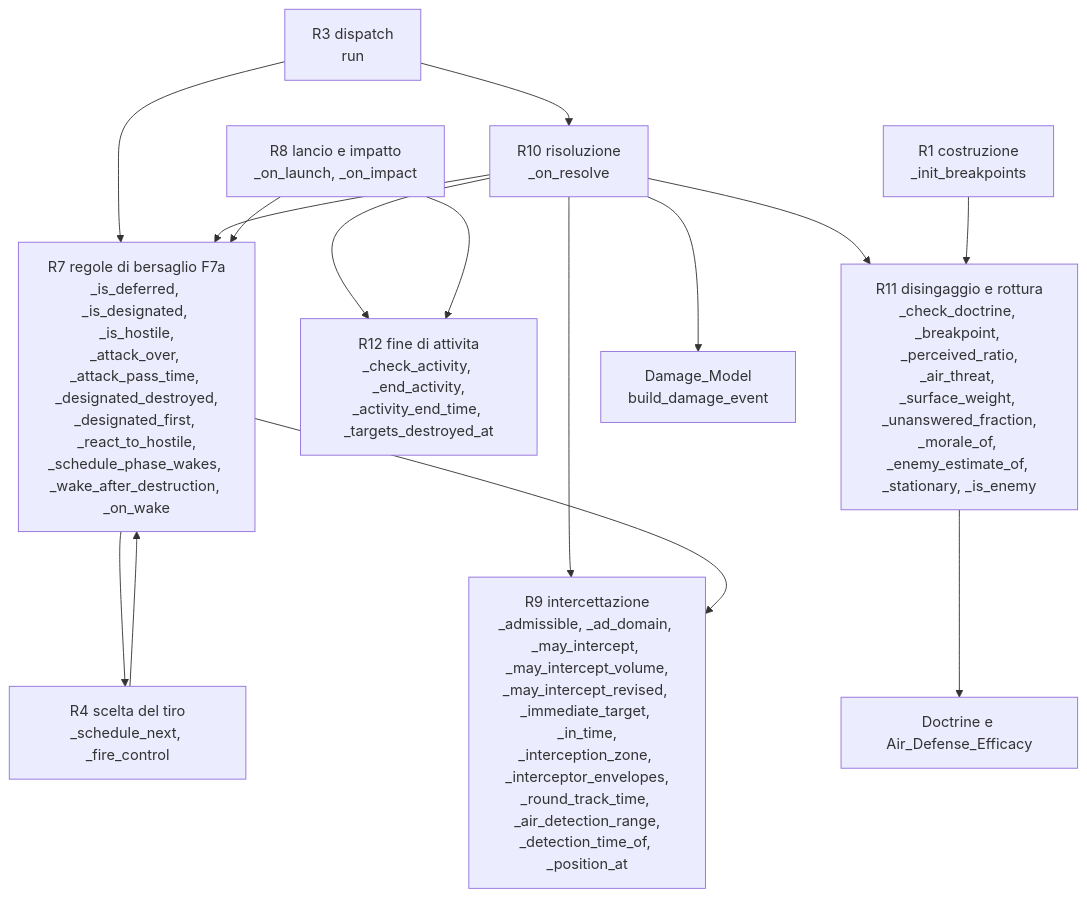
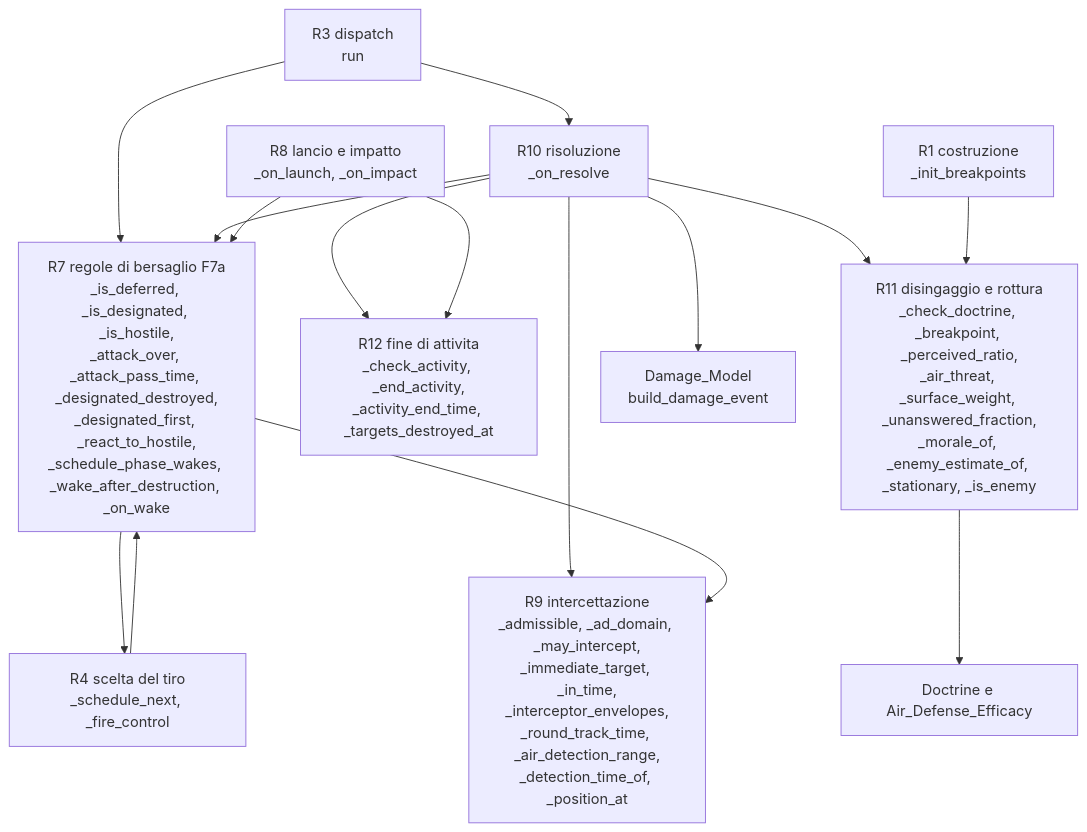
Before and after one commit to MakusIV/Warfare-Model: diagram 14 of 22 in Analysis/Document/Manuale_Motore_DES/11a_Atlante_Risolutore.md, drawn with Mermaid. The commit also changed other lines of this file and 14 other files, not shown here.

````diff
--- a/Analysis/Document/Manuale_Motore_DES/11a_Atlante_Risolutore.md
+++ b/Analysis/Document/Manuale_Motore_DES/11a_Atlante_Risolutore.md
@@ -894,29 +894,29 @@
 ```mermaid
 flowchart TD
     R3["R3 dispatch<br/>run"]
     R10["R10 risoluzione<br/>_on_resolve"]
-    R9["R9 intercettazione<br/>_admissible, _ad_domain, _may_intercept, _may_intercept_volume,<br/>_may_intercept_revised, _immediate_target, _in_time,<br/>_interception_zone, _interceptor_envelopes,<br/>_round_track_time, _air_detection_range,<br/>_detection_time_of, _position_at"]
+    R9["R9 intercettazione<br/>_admissible, _ad_domain, _may_intercept,<br/>_immediate_target, _in_time,<br/>_interceptor_envelopes,<br/>_round_track_time, _air_detection_range,<br/>_detection_time_of, _position_at"]
     R11["R11 disingaggio e rottura<br/>_check_doctrine, _breakpoint, _perceived_ratio,<br/>_air_threat, _surface_weight, _unanswered_fraction,<br/>_morale_of, _enemy_estimate_of, _stationary, _is_enemy"]
     R12["R12 fine di attivita<br/>_check_activity, _end_activity,<br/>_activity_end_time, _targets_destroyed_at"]
     R7["R7 regole di bersaglio F7a<br/>_is_deferred, _is_designated, _is_hostile,<br/>_attack_over, _attack_pass_time, _designated_destroyed,<br/>_designated_first, _react_to_hostile,<br/>_schedule_phase_wakes, _wake_after_destruction, _on_wake"]
     R8["R8 lancio e impatto<br/>_on_launch, _on_impact"]
     R4["R4 scelta del tiro<br/>_schedule_next, _fire_control"]
     R1["R1 costruzione<br/>_init_breakpoints"]
     DM["Damage_Model<br/>build_damage_event"]
     DOC["Doctrine e Air_Defense_Efficacy"]
 
     R3 --> R10
     R3 --> R7
     R10 --> R9
     R10 --> R11
     R10 --> R12
     R10 --> R7
     R10 --> DM
     R11 --> DOC
     R8 --> R12
     R8 --> R7
     R4 --> R7
     R7 --> R4
     R7 --> R9
     R1 --> R11
 ```
````
